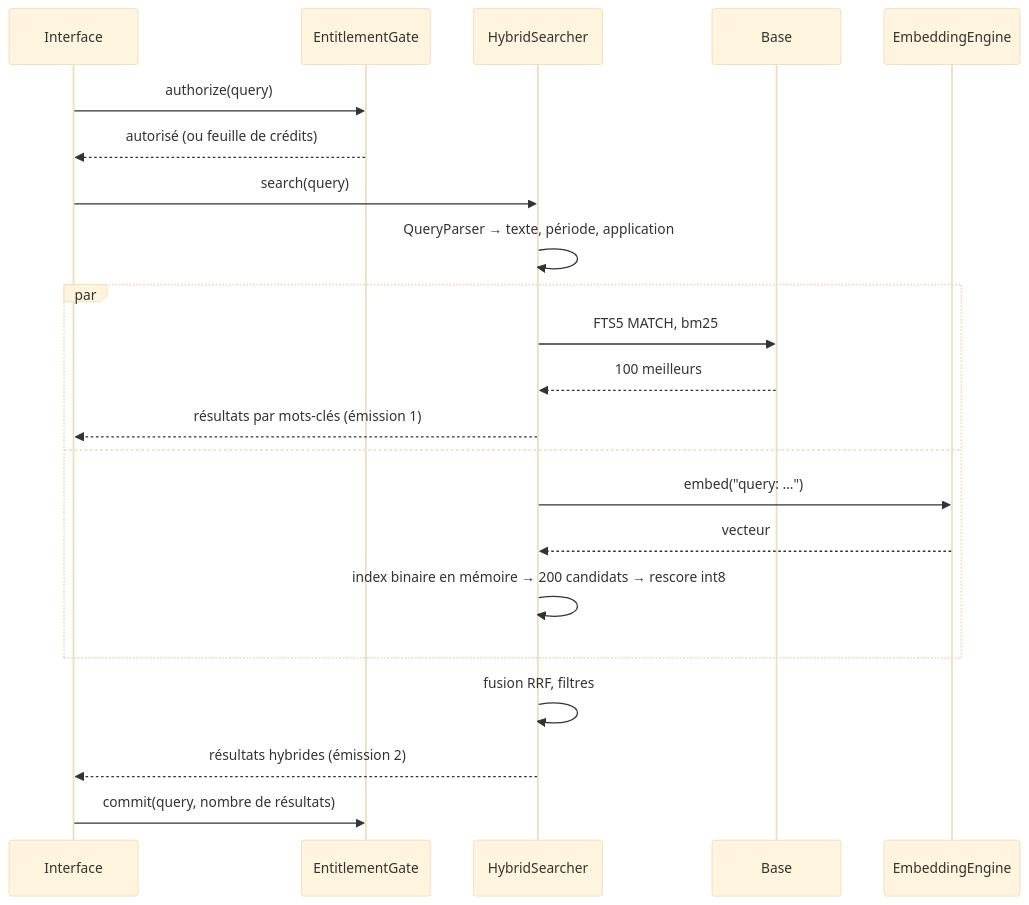
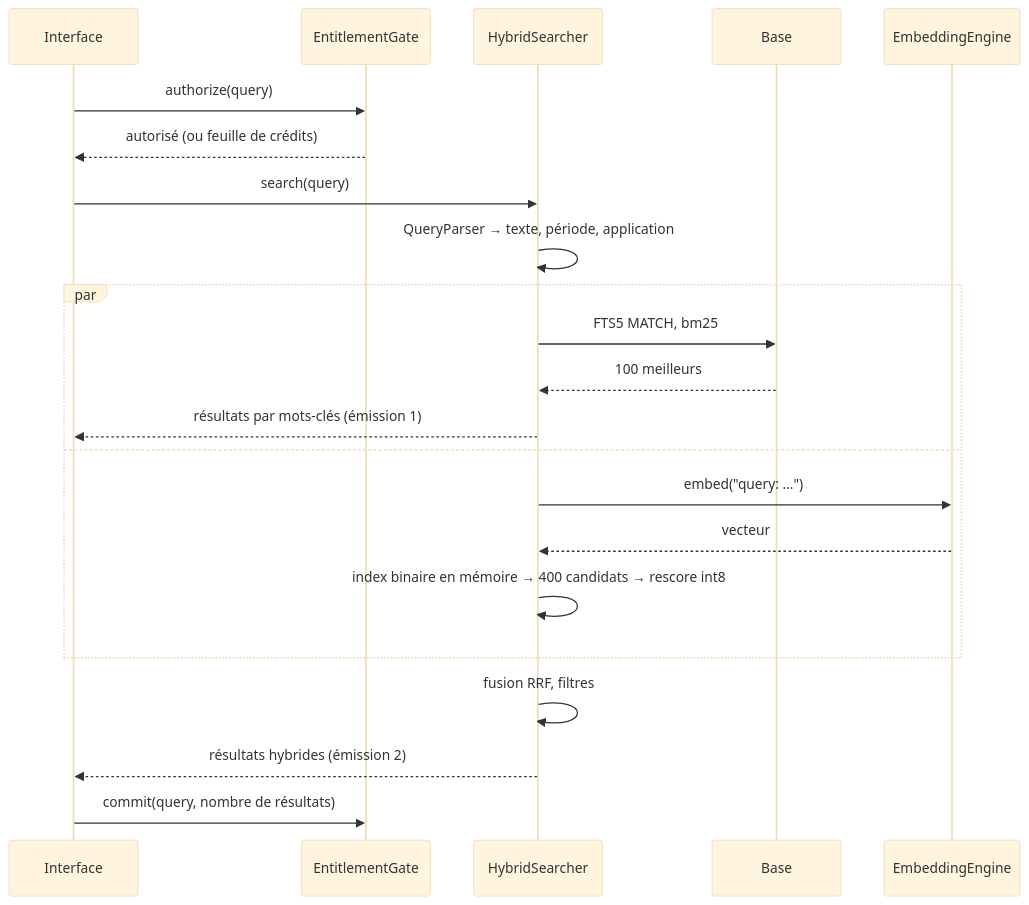
The fourth of 4 diagrams in docs/03-architecture.md (nathan33670-spec/Seekmind), drawn with Mermaid (base theme) before and after one commit. The commit also changed 7 other files, not shown here.

````diff
--- a/docs/03-architecture.md
+++ b/docs/03-architecture.md
@@ -173,24 +173,24 @@
 ```mermaid
 sequenceDiagram
   participant UI as Interface
   participant G as EntitlementGate
   participant H as HybridSearcher
   participant DB as Base
   participant E as EmbeddingEngine
   UI->>G: authorize(query)
   G-->>UI: autorisé (ou feuille de crédits)
   UI->>H: search(query)
   H->>H: QueryParser → texte, période, application
   par
     H->>DB: FTS5 MATCH, bm25
     DB-->>H: 100 meilleurs
     H-->>UI: résultats par mots-clés (émission 1)
   and
     H->>E: embed("query: …")
     E-->>H: vecteur
-    H->>H: index binaire en mémoire → 200 candidats → rescore int8
+    H->>H: index binaire en mémoire → 400 candidats → rescore int8
   end
   H->>H: fusion RRF, filtres
   H-->>UI: résultats hybrides (émission 2)
   UI->>G: commit(query, nombre de résultats)
 ```
````
